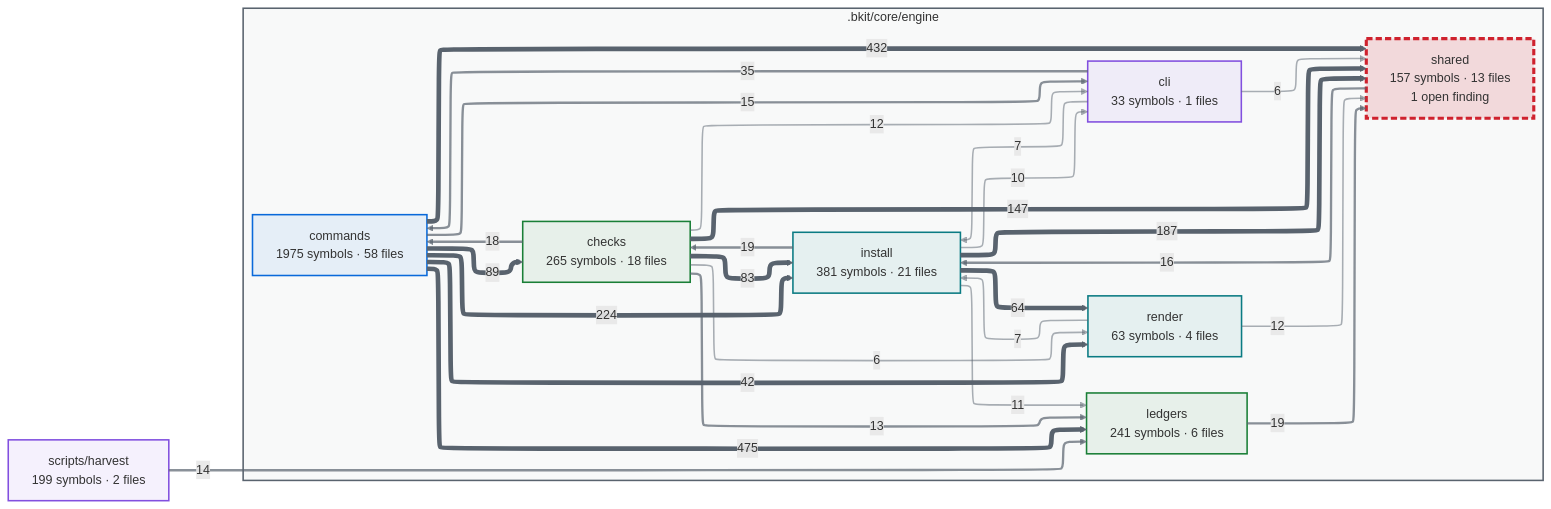
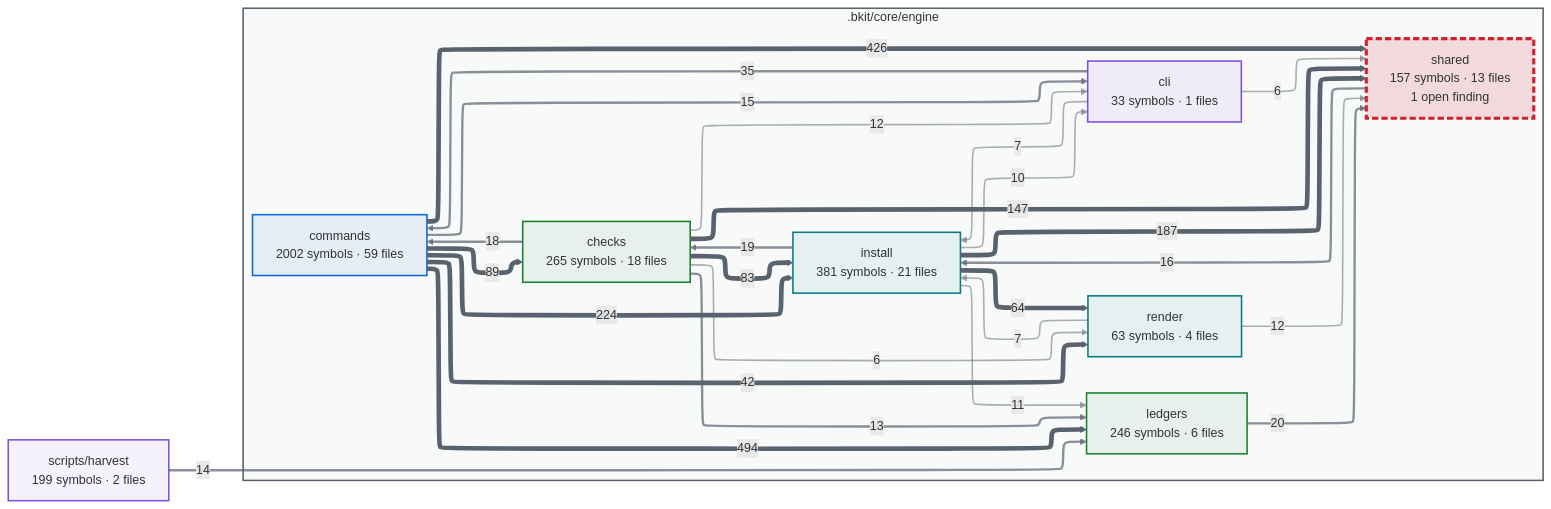
The first of 2 diagrams in docs/capabilities.md (cbartens/bkit), drawn with Mermaid before and after one commit. The commit also changed other lines of this file and 511 other files, not shown here.

````diff
--- a/docs/capabilities.md
+++ b/docs/capabilities.md
@@ -116,80 +116,80 @@
 ```mermaid
 ---
 config:
   layout: elk
   themeCSS: "marker { overflow: visible; } marker path { transform: scale(1.8); transform-origin: 5px 5px; }"
   flowchart:
     useMaxWidth: false
 ---
 flowchart LR
   %% Generated by bkit-graphify-rollup.py — do not edit
   subgraph gn_bkit_core_engine[".bkit/core/engine"]
     n_bkit_core_engine_checks["checks<br/>265 symbols · 18 files"]
     n_bkit_core_engine_cli["cli<br/>33 symbols · 1 files"]
-    n_bkit_core_engine_commands["commands<br/>1975 symbols · 58 files"]
+    n_bkit_core_engine_commands["commands<br/>2002 symbols · 59 files"]
     n_bkit_core_engine_install["install<br/>381 symbols · 21 files"]
-    n_bkit_core_engine_ledgers["ledgers<br/>241 symbols · 6 files"]
+    n_bkit_core_engine_ledgers["ledgers<br/>246 symbols · 6 files"]
     n_bkit_core_engine_render["render<br/>63 symbols · 4 files"]
     n_bkit_core_engine_shared["shared<br/>157 symbols · 13 files<br/>1 open finding"]
   end
   nscripts_harvest["scripts/harvest<br/>199 symbols · 2 files"]
-  n_bkit_core_engine_commands -->|475| n_bkit_core_engine_ledgers
-  n_bkit_core_engine_commands -->|432| n_bkit_core_engine_shared
+  n_bkit_core_engine_commands -->|494| n_bkit_core_engine_ledgers
+  n_bkit_core_engine_commands -->|426| n_bkit_core_engine_shared
   n_bkit_core_engine_commands -->|224| n_bkit_core_engine_install
   n_bkit_core_engine_install -->|187| n_bkit_core_engine_shared
   n_bkit_core_engine_checks -->|147| n_bkit_core_engine_shared
   n_bkit_core_engine_commands -->|89| n_bkit_core_engine_checks
   n_bkit_core_engine_checks -->|83| n_bkit_core_engine_install
   n_bkit_core_engine_install -->|64| n_bkit_core_engine_render
   n_bkit_core_engine_commands -->|42| n_bkit_core_engine_render
   n_bkit_core_engine_cli -->|35| n_bkit_core_engine_commands
+  n_bkit_core_engine_ledgers -->|20| n_bkit_core_engine_shared
   n_bkit_core_engine_install -->|19| n_bkit_core_engine_checks
-  n_bkit_core_engine_ledgers -->|19| n_bkit_core_engine_shared
   n_bkit_core_engine_checks -->|18| n_bkit_core_engine_commands
   n_bkit_core_engine_shared -->|16| n_bkit_core_engine_install
   n_bkit_core_engine_commands -->|15| n_bkit_core_engine_cli
   nscripts_harvest -->|14| n_bkit_core_engine_ledgers
   n_bkit_core_engine_checks -->|13| n_bkit_core_engine_ledgers
   n_bkit_core_engine_checks -->|12| n_bkit_core_engine_cli
   n_bkit_core_engine_render -->|12| n_bkit_core_engine_shared
   n_bkit_core_engine_install -->|11| n_bkit_core_engine_ledgers
   n_bkit_core_engine_install -->|10| n_bkit_core_engine_cli
   n_bkit_core_engine_cli -->|7| n_bkit_core_engine_install
   n_bkit_core_engine_render -->|7| n_bkit_core_engine_install
   n_bkit_core_engine_checks -->|6| n_bkit_core_engine_render
   n_bkit_core_engine_cli -->|6| n_bkit_core_engine_shared
   style gn_bkit_core_engine fill:#59636e0a,stroke:#59636e,stroke-width:2px
   style n_bkit_core_engine_checks stroke:#1a7f37,stroke-width:2px,fill:#1a7f3714
   style n_bkit_core_engine_cli stroke:#8250df,stroke-width:2px,fill:#8250df14
   style n_bkit_core_engine_commands stroke:#0969da,stroke-width:2px,fill:#0969da14
   style n_bkit_core_engine_install stroke:#0a7b83,stroke-width:2px,fill:#0a7b8314
   style n_bkit_core_engine_ledgers stroke:#1a7f37,stroke-width:2px,fill:#1a7f3714
   style n_bkit_core_engine_render stroke:#0a7b83,stroke-width:2px,fill:#0a7b8314
   style n_bkit_core_engine_shared stroke:#cf222e,stroke-width:4px,stroke-dasharray:8 4,fill:#cf222e26
   style nscripts_harvest stroke:#8250df,stroke-width:2px,fill:#8250df14
   linkStyle 0 stroke:#59636e,stroke-width:6px
   linkStyle 1 stroke:#59636e,stroke-width:6px
   linkStyle 2 stroke:#59636e,stroke-width:6px
   linkStyle 3 stroke:#59636e,stroke-width:6px
   linkStyle 4 stroke:#59636e,stroke-width:6px
   linkStyle 5 stroke:#59636e,stroke-width:6px
   linkStyle 6 stroke:#59636e,stroke-width:6px
   linkStyle 7 stroke:#59636e,stroke-width:6px
   linkStyle 8 stroke:#59636e,stroke-width:6px
   linkStyle 9 stroke:#59636eb3,stroke-width:3px
   linkStyle 10 stroke:#59636eb3,stroke-width:3px
   linkStyle 11 stroke:#59636eb3,stroke-width:3px
   linkStyle 12 stroke:#59636eb3,stroke-width:3px
   linkStyle 13 stroke:#59636eb3,stroke-width:3px
   linkStyle 14 stroke:#59636eb3,stroke-width:3px
   linkStyle 15 stroke:#59636eb3,stroke-width:3px
   linkStyle 16 stroke:#59636eb3,stroke-width:3px
   linkStyle 17 stroke:#59636e80,stroke-width:2px
   linkStyle 18 stroke:#59636e80,stroke-width:2px
   linkStyle 19 stroke:#59636e80,stroke-width:2px
   linkStyle 20 stroke:#59636e80,stroke-width:2px
   linkStyle 21 stroke:#59636e80,stroke-width:2px
   linkStyle 22 stroke:#59636e80,stroke-width:2px
   linkStyle 23 stroke:#59636e80,stroke-width:2px
   linkStyle 24 stroke:#59636e80,stroke-width:2px
 ```
````
